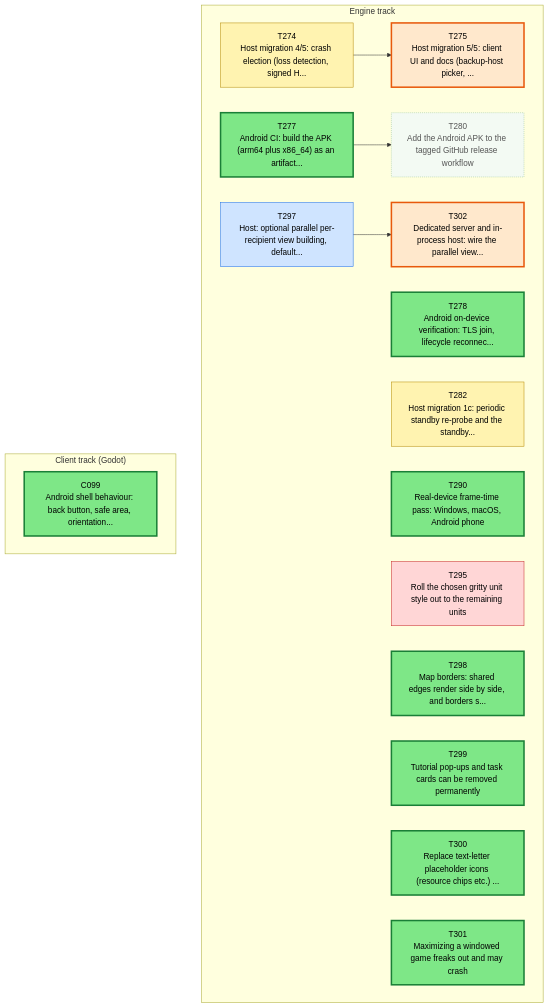
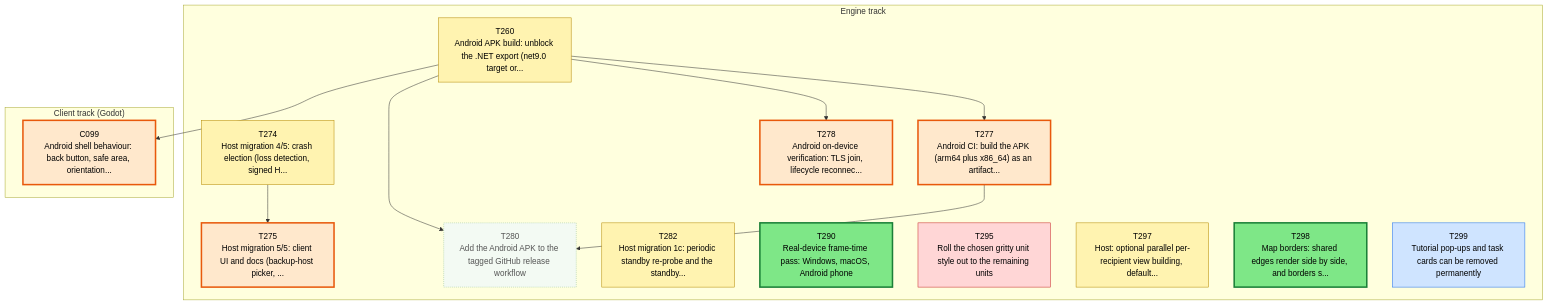
Before and after one commit to Kenmura/Unciv: the first of 3 diagrams in csharp/migration/DEPENDENCY_MAP.md, drawn with Mermaid. The commit also changed other lines of this file and 1 other file, not shown here.

````diff
--- a/csharp/migration/DEPENDENCY_MAP.md
+++ b/csharp/migration/DEPENDENCY_MAP.md
@@ -35,47 +35,46 @@
 ```mermaid
 flowchart TD
   subgraph TTRACK["Engine track"]
+    T260["T260<br/>Android APK build: unblock the .NET export (net9.0 target or..."]
     T274["T274<br/>Host migration 4/5: crash election (loss detection, signed H..."]
     T275["T275<br/>Host migration 5/5: client UI and docs (backup-host picker, ..."]
     T277["T277<br/>Android CI: build the APK (arm64 plus x86_64) as an artifact..."]
     T278["T278<br/>Android on-device verification: TLS join, lifecycle reconnec..."]
     T280["T280<br/>Add the Android APK to the tagged GitHub release workflow"]
     T282["T282<br/>Host migration 1c: periodic standby re-probe and the standby..."]
     T290["T290<br/>Real-device frame-time pass: Windows, macOS, Android phone"]
     T295["T295<br/>Roll the chosen gritty unit style out to the remaining units"]
     T297["T297<br/>Host: optional parallel per-recipient view building, default..."]
     T298["T298<br/>Map borders: shared edges render side by side, and borders s..."]
     T299["T299<br/>Tutorial pop-ups and task cards can be removed permanently"]
-    T300["T300<br/>Replace text-letter placeholder icons (resource chips etc.) ..."]
-    T301["T301<br/>Maximizing a windowed game freaks out and may crash"]
-    T302["T302<br/>Dedicated server and in-process host: wire the parallel view..."]
   end
   subgraph CTRACK["Client track (Godot)"]
     C099["C099<br/>Android shell behaviour: back button, safe area, orientation..."]
   end
   T274 --> T275
+  T260 --> T277
+  T260 --> T278
+  T260 --> T280
   T277 --> T280
-  T297 --> T302
+  T260 --> C099
   classDef waiting fill:#f3faf3,stroke:#9bc49b,color:#555,stroke-dasharray:2 2
   classDef ondeck fill:#ffe8cc,stroke:#e8590c,stroke-width:3px,color:#000
   classDef ready fill:#7ee787,stroke:#1a7f37,stroke-width:3px,color:#000
   classDef prog fill:#fff3b0,stroke:#b58900,color:#000
   classDef review fill:#cfe4ff,stroke:#1f6feb,color:#000
   classDef blocked fill:#ffd6d6,stroke:#c62828,color:#000
   classDef done fill:#eeeeee,stroke:#999999,color:#666,stroke-dasharray:4 3
-  class C099 ready
+  class C099 ondeck
+  class T260 prog
   class T274 prog
   class T275 ondeck
-  class T277 ready
-  class T278 ready
+  class T277 ondeck
+  class T278 ondeck
   class T280 waiting
   class T282 prog
   class T290 ready
   class T295 blocked
-  class T297 review
+  class T297 prog
   class T298 ready
-  class T299 ready
-  class T300 ready
-  class T301 ready
-  class T302 ondeck
+  class T299 review
 ```
````
